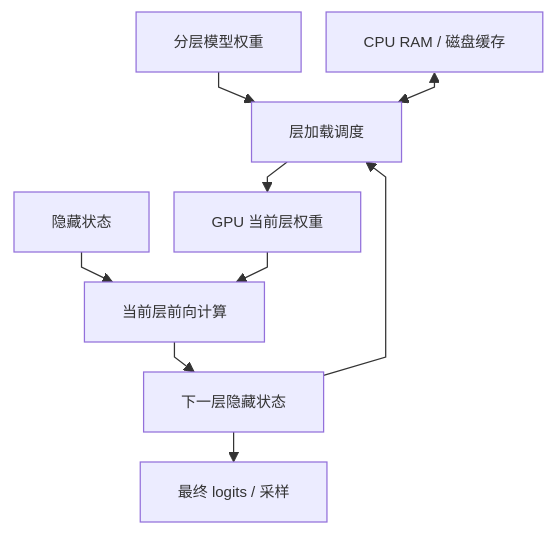
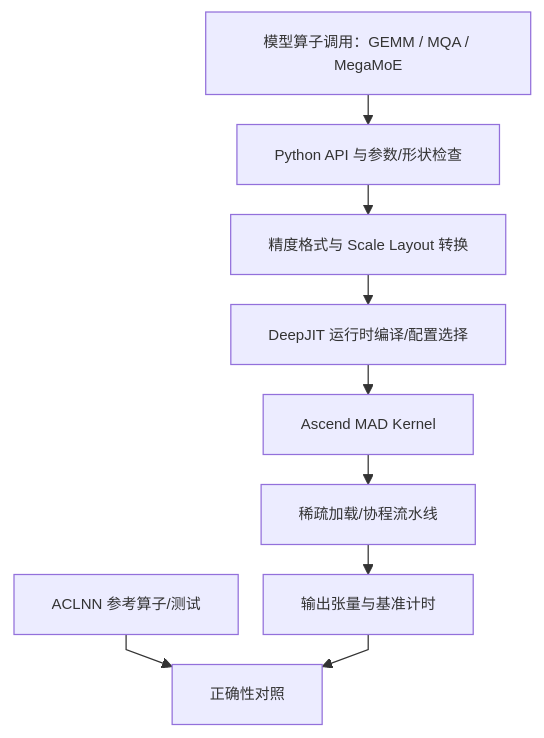
The eighth of 10 diagrams in 2026/2026-10-05_2026-10-11/01_LLM大模型.md (JiangXiangAi/git_weekly_news), drawn with Mermaid before and after one commit. The commit also changed other lines of this file, not shown here.

Commit message:
Replace AirLLM with this week's DeepGEMM-Ascend accelerator kernel signal

````diff
--- a/2026/2026-10-05_2026-10-11/01_LLM大模型.md
+++ b/2026/2026-10-05_2026-10-11/01_LLM大模型.md
@@ -186,12 +186,12 @@
 ```mermaid
 %%{init: {"flowchart": {"useMaxWidth": true, "nodeSpacing": 20, "rankSpacing": 24, "curve": "linear"}, "themeVariables": {"fontSize": "12px"}}}%%
 flowchart TD
-  A[分层模型权重] --> B[层加载调度]
-  C[CPU RAM / 磁盘缓存] <--> B
-  B --> D[GPU 当前层权重]
-  E[隐藏状态] --> F[当前层前向计算]
-  D --> F
-  F --> G[下一层隐藏状态]
-  G --> B
-  G --> H[最终 logits / 采样]
+  A[模型算子调用：GEMM / MQA / MegaMoE] --> B[Python API 与参数/形状检查]
+  B --> C[精度格式与 Scale Layout 转换]
+  C --> D[DeepJIT 运行时编译/配置选择]
+  D --> E[Ascend MAD Kernel]
+  E --> F[稀疏加载/协程流水线]
+  F --> G[输出张量与基准计时]
+  H[ACLNN 参考算子/测试] --> I[正确性对照]
+  G --> I
 ```
````
